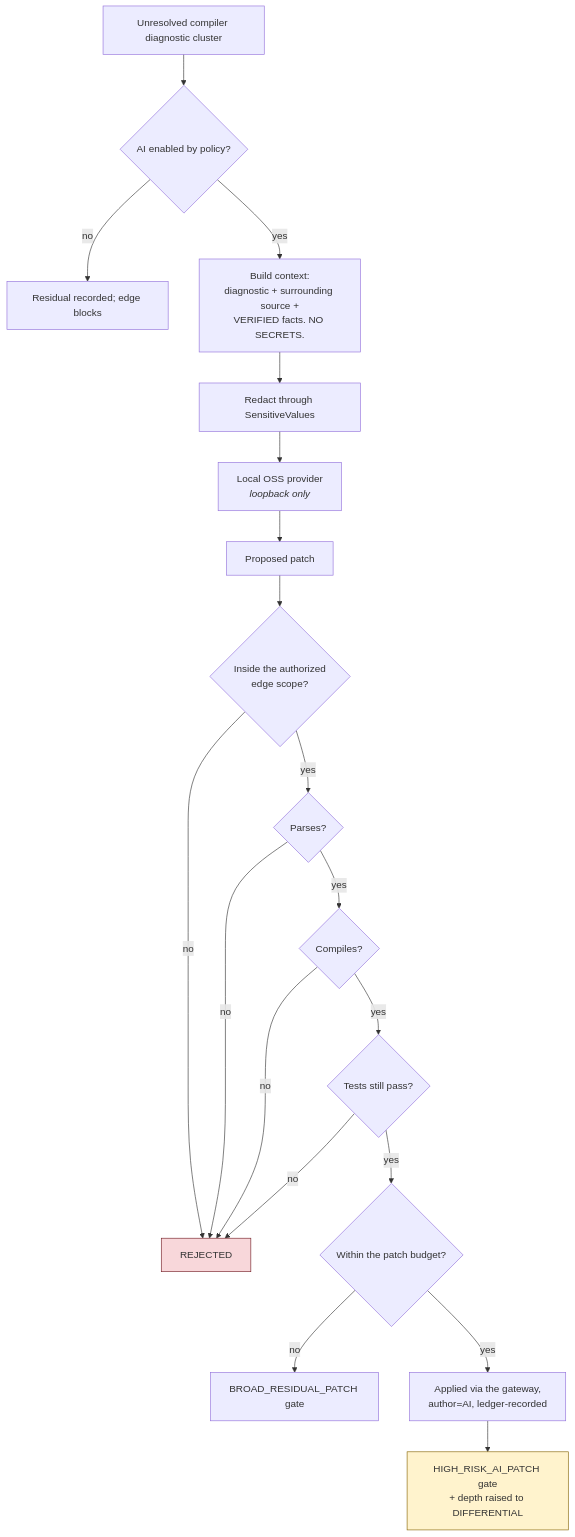
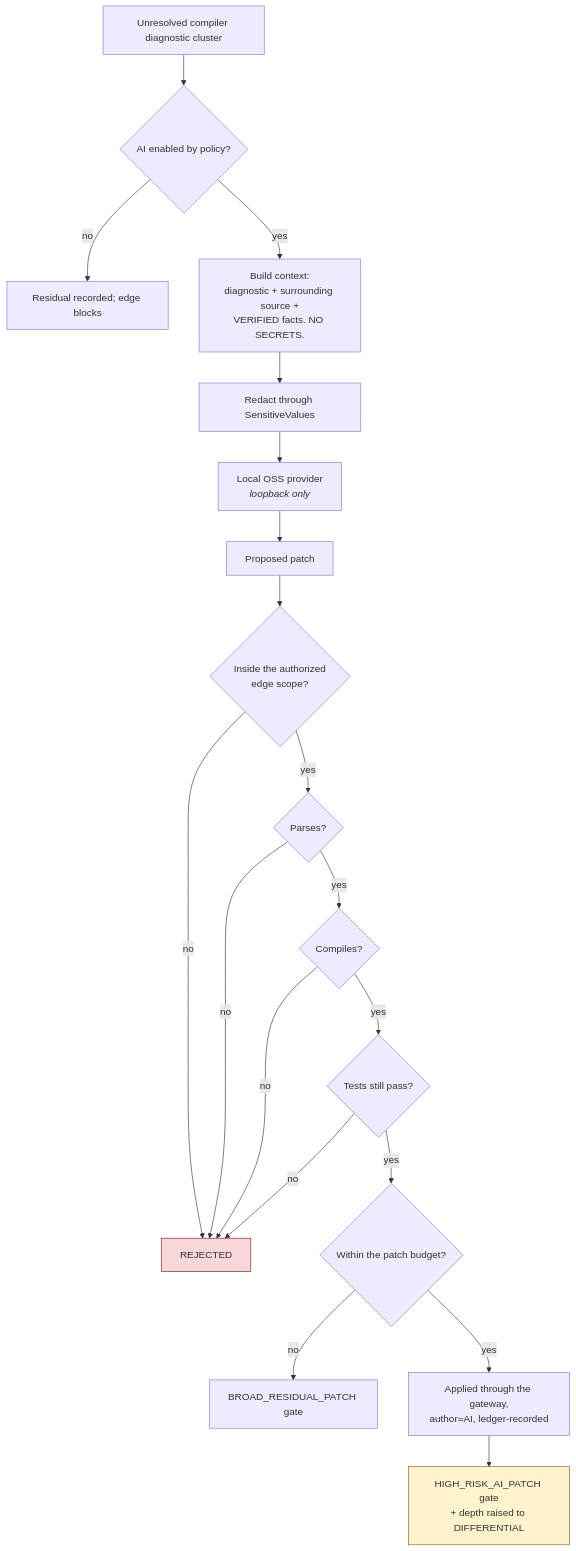
Before and after one commit to KrishnaAnnavaram/bootshift: diagram 40 of 40 in README.md, drawn with Mermaid. The commit also changed other lines of this file and 1 other file, not shown here.

````diff
--- a/README.md
+++ b/README.md
@@ -3585,24 +3788,24 @@
 ```mermaid
 flowchart TD
     DIAG["Unresolved compiler diagnostic cluster"] --> EN{"AI enabled by policy?"}
     EN -->|no| STOP["Residual recorded; edge blocks"]
     EN -->|yes| CTX["Build context:<br/>diagnostic + surrounding source +<br/>VERIFIED facts. NO SECRETS."]
     CTX --> RED["Redact through SensitiveValues"]
     RED --> LLM["Local OSS provider<br/><i>loopback only</i>"]
     LLM --> PATCH["Proposed patch"]
     PATCH --> G1{"Inside the authorized<br/>edge scope?"}
     G1 -->|no| REJ["REJECTED"]
     G1 -->|yes| G2{"Parses?"}
     G2 -->|no| REJ
     G2 -->|yes| G3{"Compiles?"}
     G3 -->|no| REJ
     G3 -->|yes| G4{"Tests still pass?"}
     G4 -->|no| REJ
     G4 -->|yes| G5{"Within the patch budget?"}
     G5 -->|no| GATE1["BROAD_RESIDUAL_PATCH gate"]
-    G5 -->|yes| ACC["Applied via the gateway,<br/>author=AI, ledger-recorded"]
+    G5 -->|yes| ACC["Applied through the gateway,<br/>author=AI, ledger-recorded"]
     ACC --> GATE2["HIGH_RISK_AI_PATCH gate<br/>+ depth raised to DIFFERENTIAL"]
 
     style REJ fill:#f8d7da,stroke:#721c24
     style GATE2 fill:#fff3cd,stroke:#856404
 ```
````
